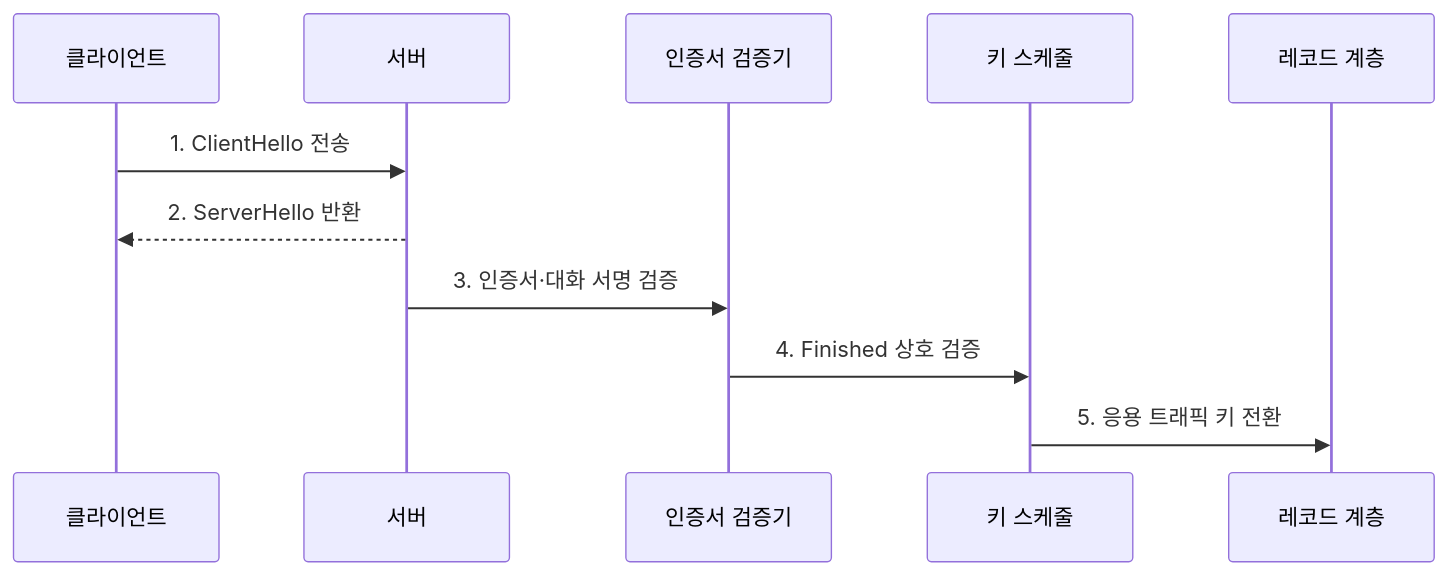
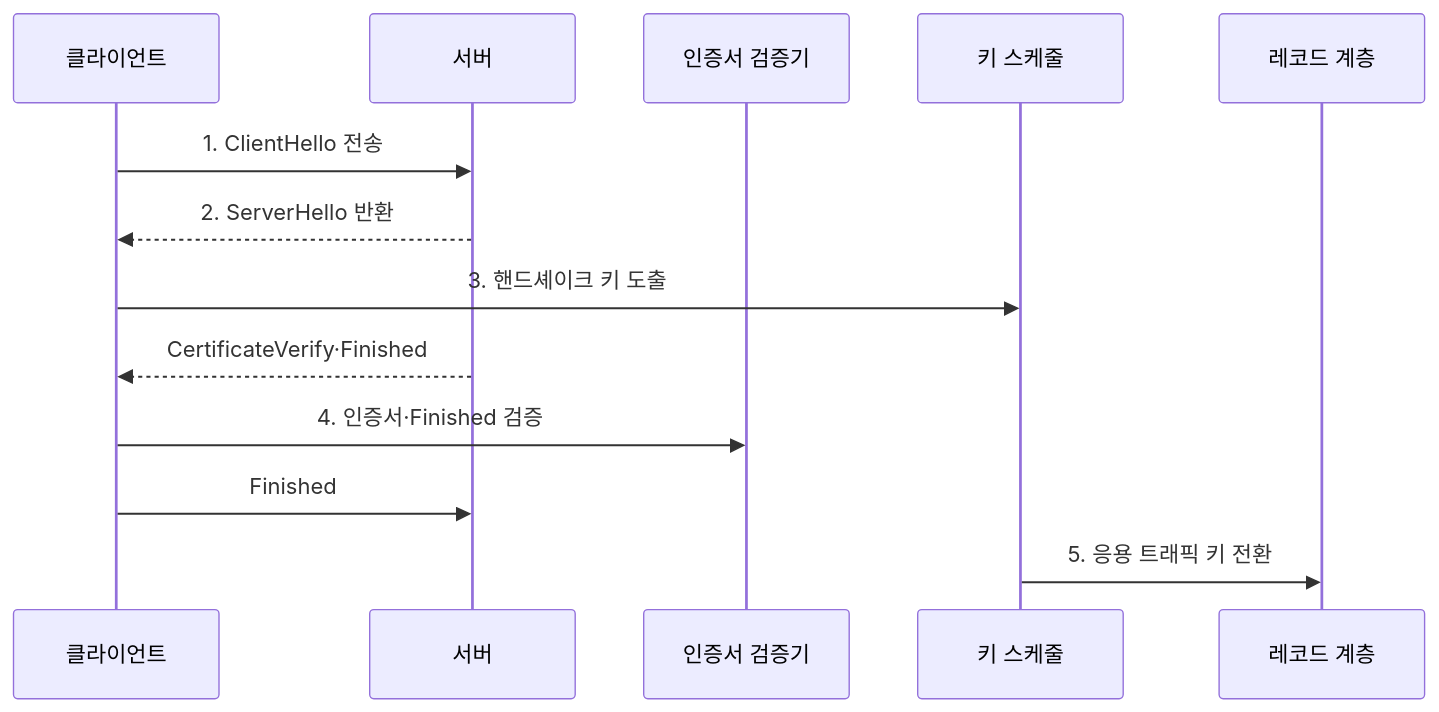
One commit to agnusdei1207/knowledge-base changed the second of 2 diagrams in src/content/docs/notes/05-security/011_tls_1_3_handshake.md. Above: the diagram before and after it, drawn with Mermaid. The commit also changed other lines of this file and 20 other files, not shown here.

````diff
--- a/src/content/docs/notes/05-security/011_tls_1_3_handshake.md
+++ b/src/content/docs/notes/05-security/011_tls_1_3_handshake.md
@@ -89,13 +90,15 @@
 ```mermaid
 sequenceDiagram
     participant C as 클라이언트
     participant S as 서버
     participant V as 인증서 검증기
     participant K as 키 스케줄
     participant R as 레코드 계층
     C->>S: 1. ClientHello 전송
     S-->>C: 2. ServerHello 반환
-    S->>V: 3. 인증서·대화 서명 검증
-    V->>K: 4. Finished 상호 검증
+    C->>K: 3. 핸드셰이크 키 도출
+    S-->>C: CertificateVerify·Finished
+    C->>V: 4. 인증서·Finished 검증
+    C->>S: Finished
     K->>R: 5. 응용 트래픽 키 전환
 ```
````
